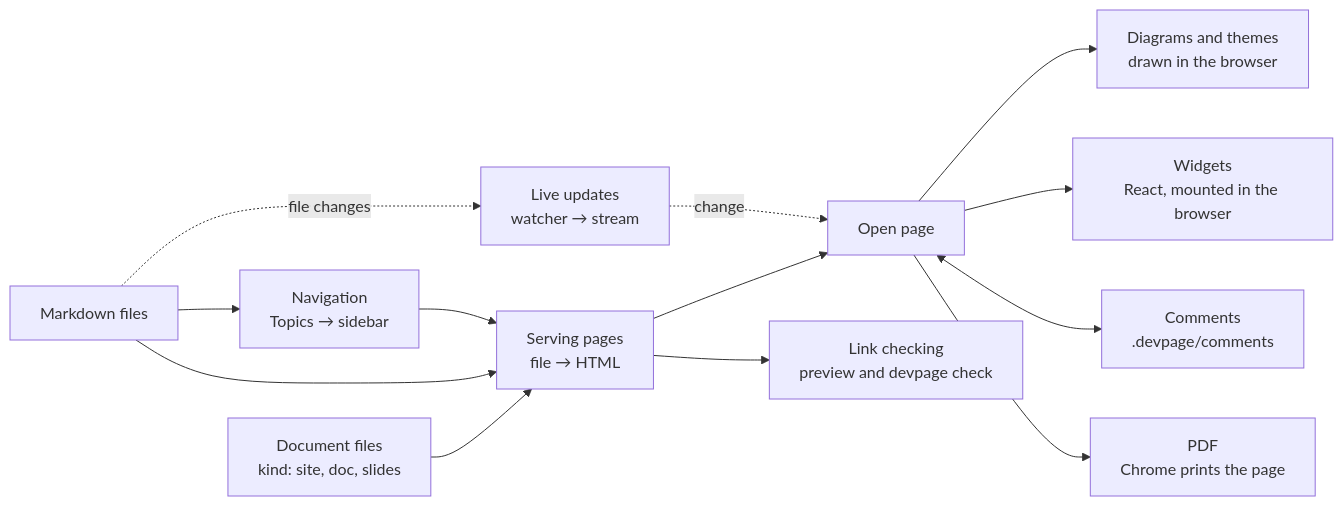
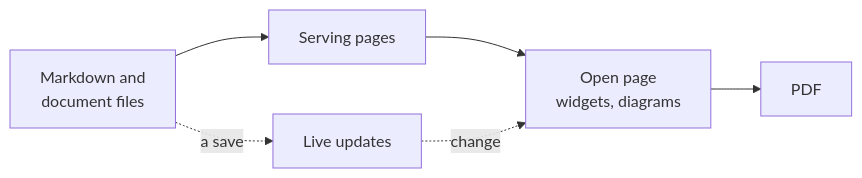
The diagram in docs/boxes/viewer/README.md (andrei512/devpage), drawn with Mermaid before and after one commit. The commit also changed other lines of this file and 9 other files, not shown here.

````diff
--- a/docs/boxes/viewer/README.md
+++ b/docs/boxes/viewer/README.md
@@ -28,24 +24,13 @@
 ```mermaid
 flowchart LR
-  yml["Document files<br/>kind: site, doc, slides"] --> serving["Serving pages<br/>file → HTML"]
-  files["Markdown files"] --> serving
-  files --> nav["Navigation<br/>Topics → sidebar"]
-  nav --> serving
-  files -. "file changes" .-> live["Live updates<br/>watcher → stream"]
-  serving --> browser["Open page"]
-  live -. "change" .-> browser
-  browser --> diagrams["Diagrams and themes<br/>drawn in the browser"]
-  browser --> widgets["Widgets<br/>React, mounted in the browser"]
-  browser <--> comments["Comments<br/>.devpage/comments"]
-  serving --> check["Link checking<br/>preview and devpage check"]
-  browser --> pdf["PDF<br/>Chrome prints the page"]
-  click yml href "./writing-a-document/README.md" "Writing a document"
-  click serving href "./serving-pages/README.md" "How pages are served"
-  click nav href "./navigation-tree/README.md" "How the sidebar is built"
-  click live href "./live-updates/README.md" "How open pages stay current"
-  click diagrams href "./diagrams/README.md" "Diagrams"
-  click widgets href "./widgets/README.md" "Widgets"
-  click comments href "./comments/README.md" "Comments"
-  click check href "./checking-links/README.md" "Checking links"
+  files["Markdown and<br/>document files"] --> serving["Serving pages"]
+  serving --> page["Open page<br/>widgets, diagrams"]
+  files -. "a save" .-> live["Live updates"]
+  live -. "change" .-> page
+  page --> pdf["PDF"]
+  click files href "./writing-a-document/README.md" "Writing a document"
+  click serving href "./serving-pages/README.md" "Serving pages"
+  click page href "./widgets/README.md" "Widgets"
+  click live href "./live-updates/README.md" "Live updates"
   click pdf href "./pdf/README.md" "Printing to PDF"
 ```
````
